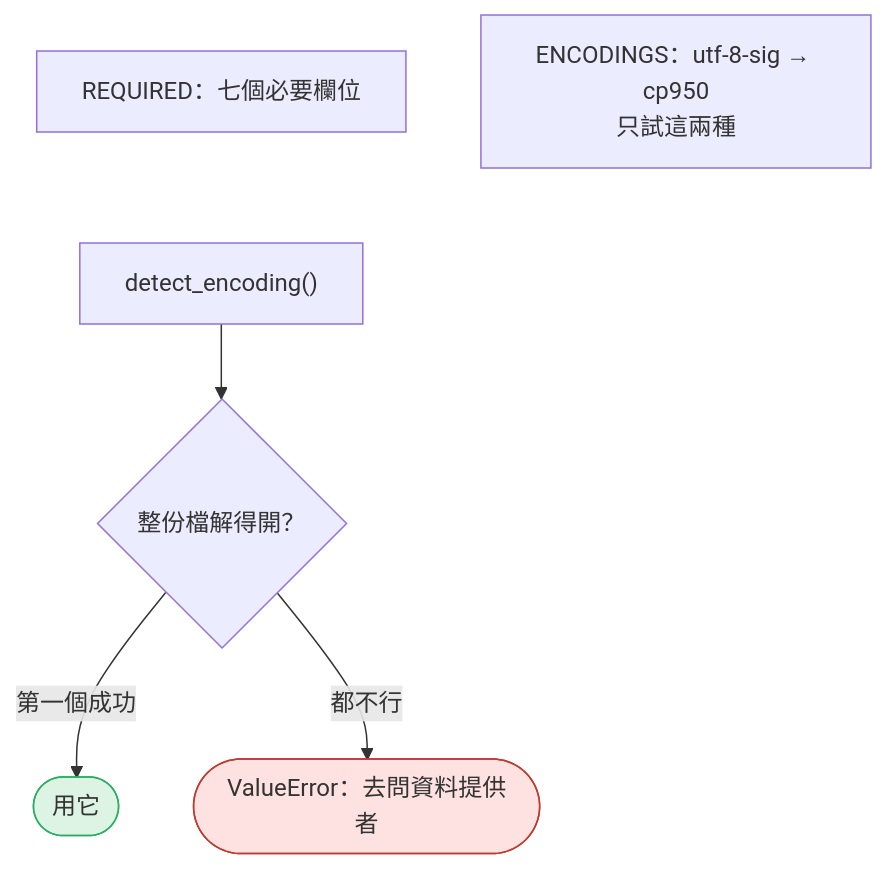
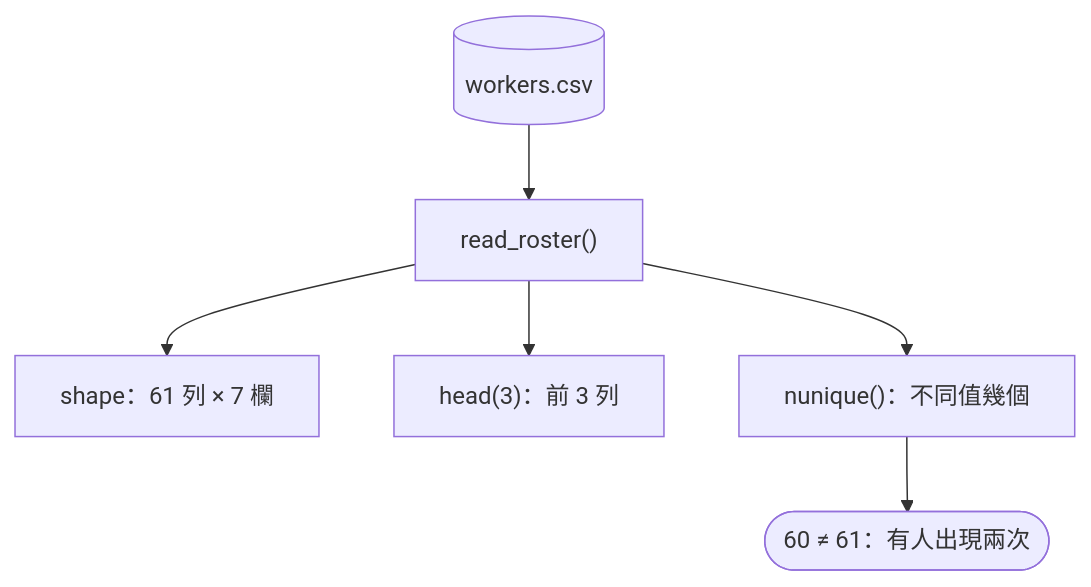
Before and after one commit to 4-learn/data-analysis-and-process-demo: the seventh of 15 diagrams in docs/2.md, drawn with Mermaid. The commit also changed other lines of this file and 189 other files, not shown here.

````diff
--- a/docs/2.md
+++ b/docs/2.md
@@ -55,13 +182,10 @@
 ```mermaid
 flowchart TD
-    A["REQUIRED：七個必要欄位"]
-    B["ENCODINGS：utf-8-sig → cp950<br/>只試這兩種"]
-    C["detect_encoding()"] --> D{"整份檔解得開？"}
-    D -- 第一個成功 --> E(["用它"])
-    D -- 都不行 --> X(["ValueError：去問資料提供者"])
-    A ~~~ C
+    A[("workers.csv")] --> B["read_roster()"]
+    B --> C["shape：61 列 × 7 欄"]
+    B --> D["head(3)：前 3 列"]
+    B --> E["nunique()：不同值幾個"]
+    E --> F(["60 ≠ 61：有人出現兩次"])
     classDef bad fill:#fde2e1,stroke:#c0392b
     classDef good fill:#ddf3e4,stroke:#27ae60
-    class X bad
-    class E good
 ```
````
